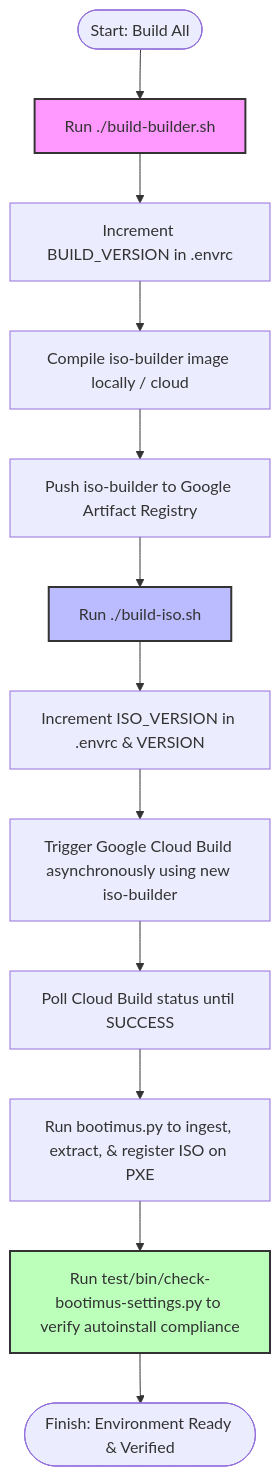
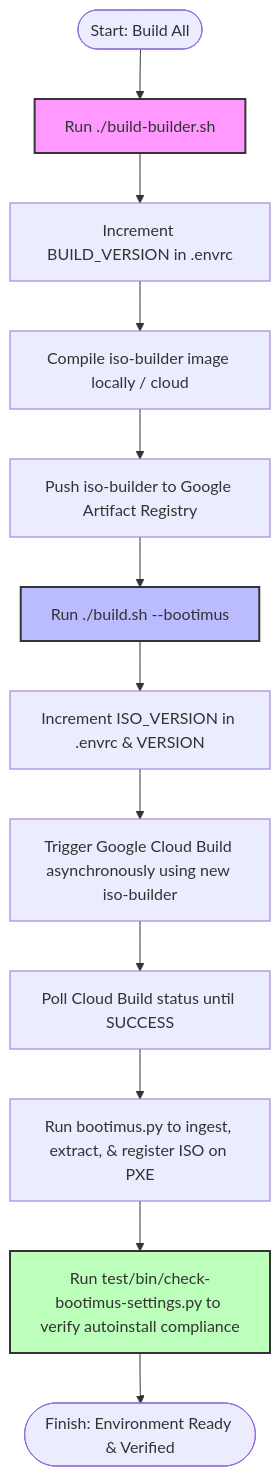
One commit to mike-ensor/gdc-disk-provisioner-gh changed the first of 3 diagrams in docs/DEVELOPMENT.md. Above: the diagram before and after it, drawn with Mermaid. The commit also changed other lines of this file and 20 other files, not shown here.

````diff
--- a/docs/DEVELOPMENT.md
+++ b/docs/DEVELOPMENT.md
@@ -139,18 +139,18 @@
 ```mermaid
 graph TD
     Start([Start: Build All]) --> Step1[Run ./build-builder.sh]
     Step1 --> Step2[Increment BUILD_VERSION in .envrc]
     Step2 --> Step3[Compile iso-builder image locally / cloud]
     Step3 --> Step4[Push iso-builder to Google Artifact Registry]
-    Step4 --> Step5[Run ./build-iso.sh]
+    Step4 --> Step5[Run ./build.sh --bootimus]
     Step5 --> Step6[Increment ISO_VERSION in .envrc & VERSION]
     Step6 --> Step7[Trigger Google Cloud Build asynchronously using new iso-builder]
     Step7 --> Step8[Poll Cloud Build status until SUCCESS]
     Step8 --> Step9[Run bootimus.py to ingest, extract, & register ISO on PXE]
     Step9 --> Step10[Run test/bin/check-bootimus-settings.py to verify autoinstall compliance]
     Step10 --> End([Finish: Environment Ready & Verified])
 
     style Step1 fill:#f9f,stroke:#333,stroke-width:2px
     style Step5 fill:#bbf,stroke:#333,stroke-width:2px
     style Step10 fill:#bfb,stroke:#333,stroke-width:2px
 ```
````
